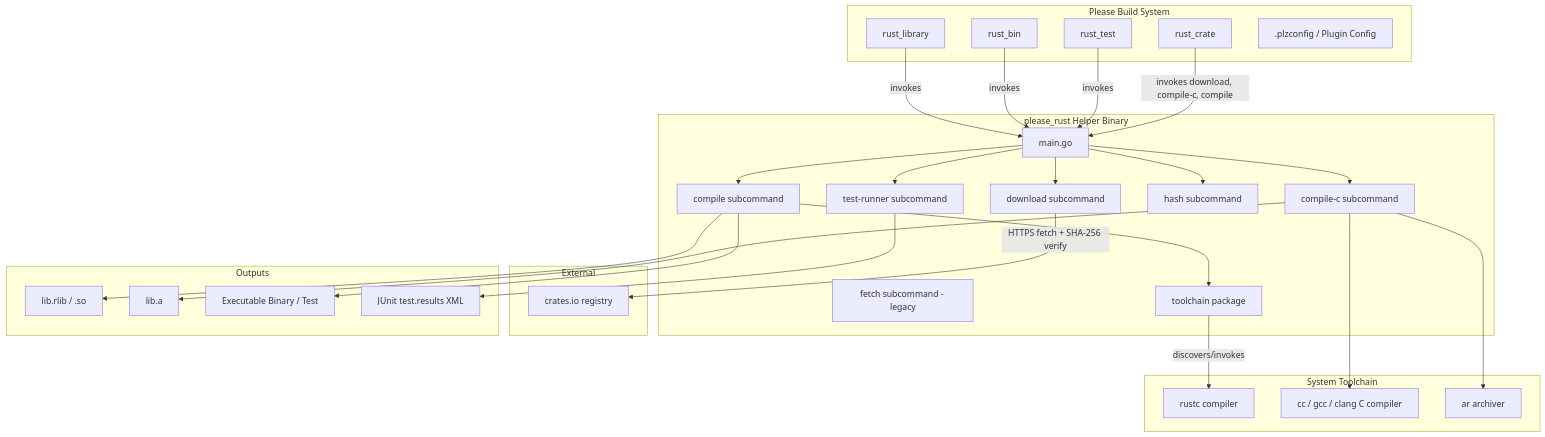
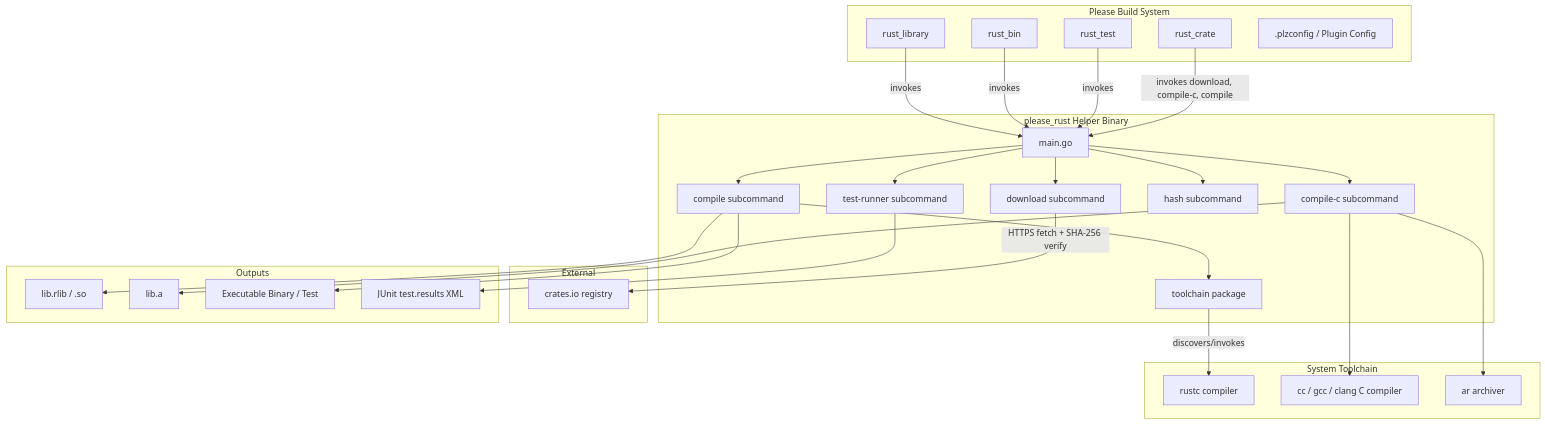
One commit to wcodesoft/please-rules changed the first of 3 diagrams in docs/rust/architecture.md. Above: the diagram before and after it, drawn with Mermaid. The commit also changed other lines of this file and 14 other files, not shown here.

First line of the commit message:
refactor: remove legacy fetch package and bump version to 0.3.2

````diff
--- a/docs/rust/architecture.md
+++ b/docs/rust/architecture.md
@@ -19,61 +19,60 @@
 ```mermaid
 graph TD
     subgraph Please Build System
         RULE_LIB[rust_library]
         RULE_BIN[rust_bin]
         RULE_TEST[rust_test]
         RULE_CRATE[rust_crate]
         PLZCONFIG[.plzconfig / Plugin Config]
     end
 
     subgraph please_rust Helper Binary
         MAIN[main.go]
         CMD_COMPILE[compile subcommand]
         CMD_DOWNLOAD[download subcommand]
         CMD_COMPILE_C[compile-c subcommand]
         CMD_HASH[hash subcommand]
         CMD_TESTRUNNER[test-runner subcommand]
-        CMD_FETCH[fetch subcommand - legacy]
         TOOLCHAIN[toolchain package]
     end
 
     subgraph System Toolchain
         RUSTC[rustc compiler]
         CC[cc / gcc / clang C compiler]
         AR[ar archiver]
     end
 
     subgraph External
         CRATES_IO[crates.io registry]
     end
 
     subgraph Outputs
         RLIB[lib<crate>.rlib / .so]
         STATIC_A[lib<crate>.a]
         BIN[Executable Binary / Test]
         JUNIT[JUnit test.results XML]
     end
 
     RULE_LIB -->|invokes| MAIN
     RULE_BIN -->|invokes| MAIN
     RULE_TEST -->|invokes| MAIN
     RULE_CRATE -->|invokes download, compile-c, compile| MAIN
 
     MAIN --> CMD_COMPILE
     MAIN --> CMD_DOWNLOAD
     MAIN --> CMD_COMPILE_C
     MAIN --> CMD_HASH
     MAIN --> CMD_TESTRUNNER
 
     CMD_DOWNLOAD -->|HTTPS fetch + SHA-256 verify| CRATES_IO
     CMD_COMPILE_C --> CC
     CMD_COMPILE_C --> AR
     CMD_COMPILE_C --> STATIC_A
 
     CMD_COMPILE --> TOOLCHAIN
     TOOLCHAIN -->|discovers/invokes| RUSTC
 
     CMD_COMPILE --> RLIB
     CMD_COMPILE --> BIN
     CMD_TESTRUNNER --> JUNIT
 ```
````
